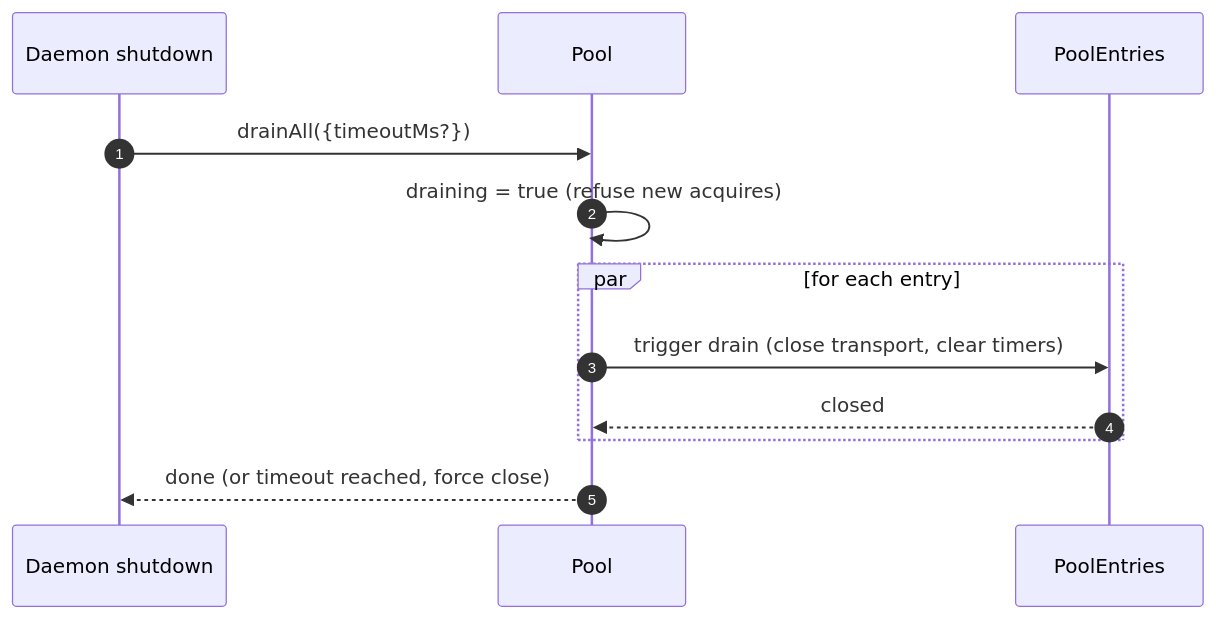
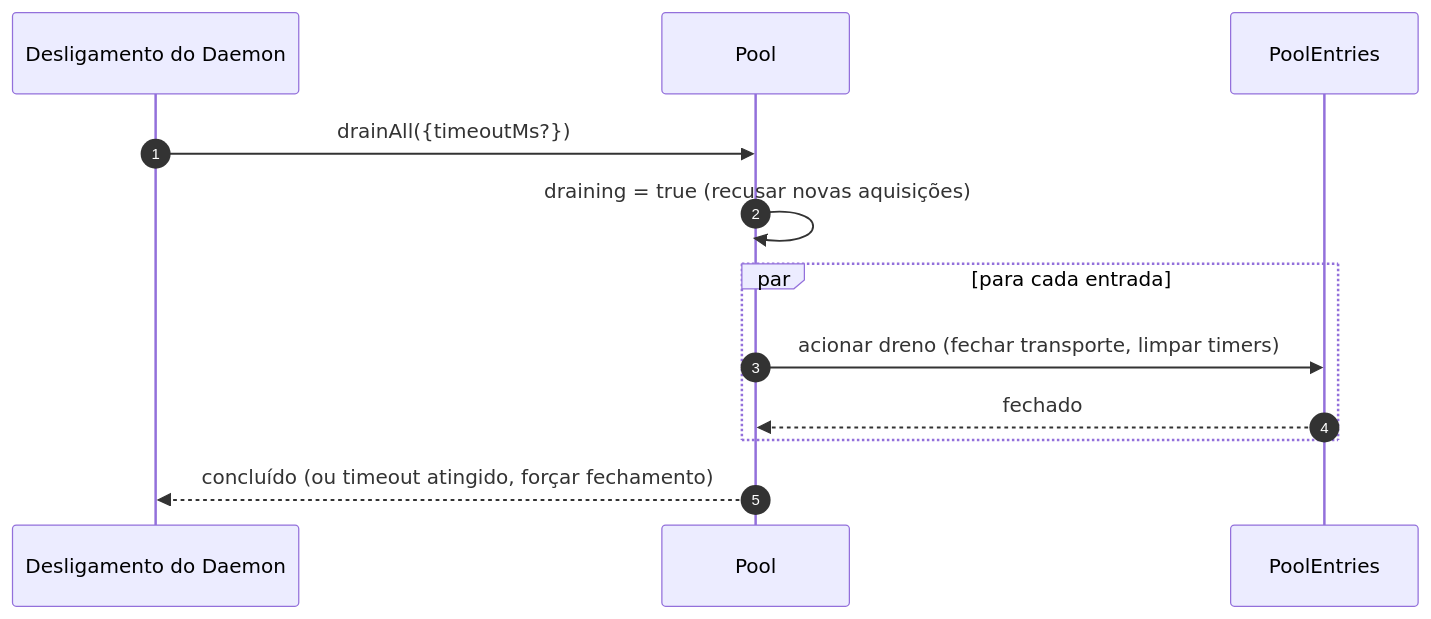
Before and after one commit to QwenLM/qwen-code-docs: the fourth of 4 diagrams in website/content/pt-BR/developers/daemon/05-mcp-transport-pool.md, drawn with Mermaid. The commit also changed other lines of this file and 1077 other files, not shown here.

````diff
--- a/website/content/pt-BR/developers/daemon/05-mcp-transport-pool.md
+++ b/website/content/pt-BR/developers/daemon/05-mcp-transport-pool.md
@@ -205,15 +206,15 @@
 ```mermaid
 sequenceDiagram
     autonumber
-    participant D as Daemon shutdown
+    participant D as Desligamento do Daemon
     participant P as Pool
     participant E as PoolEntries
 
     D->>P: drainAll({timeoutMs?})
-    P->>P: draining = true (refuse new acquires)
-    par for each entry
-        P->>E: trigger drain (close transport, clear timers)
-        E-->>P: closed
+    P->>P: draining = true (recusar novas aquisições)
+    par para cada entrada
+        P->>E: acionar dreno (fechar transporte, limpar timers)
+        E-->>P: fechado
     end
-    P-->>D: done (or timeout reached, force close)
+    P-->>D: concluído (ou timeout atingido, forçar fechamento)
 ```
````
